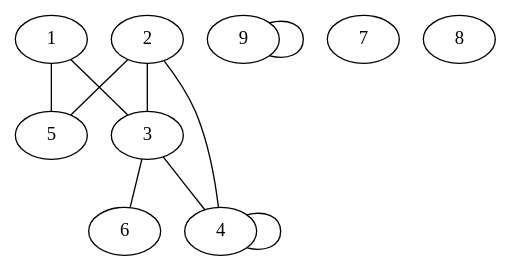
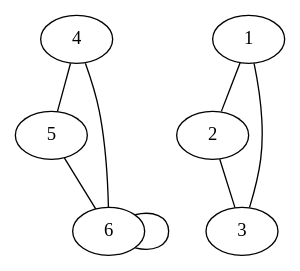
Before and after one commit to Kio131/Homework: the diagram in out.gv, drawn with Graphviz. The commit also changed 5 other files, not shown here.

Commit message:
Fixed problem with checking graph for connectivity

```diff
--- a/out.gv
+++ b/out.gv
@@ -1,13 +1,9 @@
 graph NEW {
+	4 -- 5
+	4 -- 6
+	5 -- 6
+	2 -- 3
 	1 -- 3
-	2 -- 3
-	2 -- 5
-	3 -- 4
-	2 -- 4
-	1 -- 5
-	3 -- 6
-	4 -- 4
-	9 -- 9
-	7
-	8
+	1 -- 2
+	6 -- 6
 }
```
